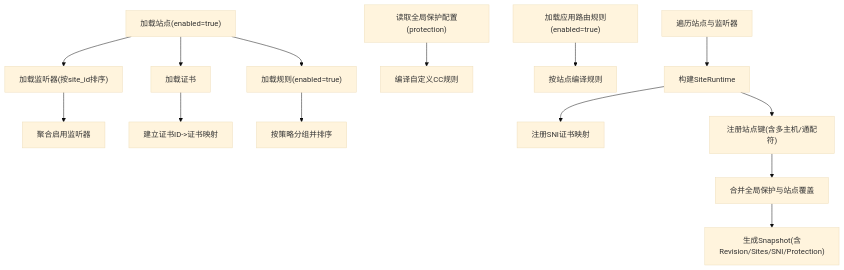
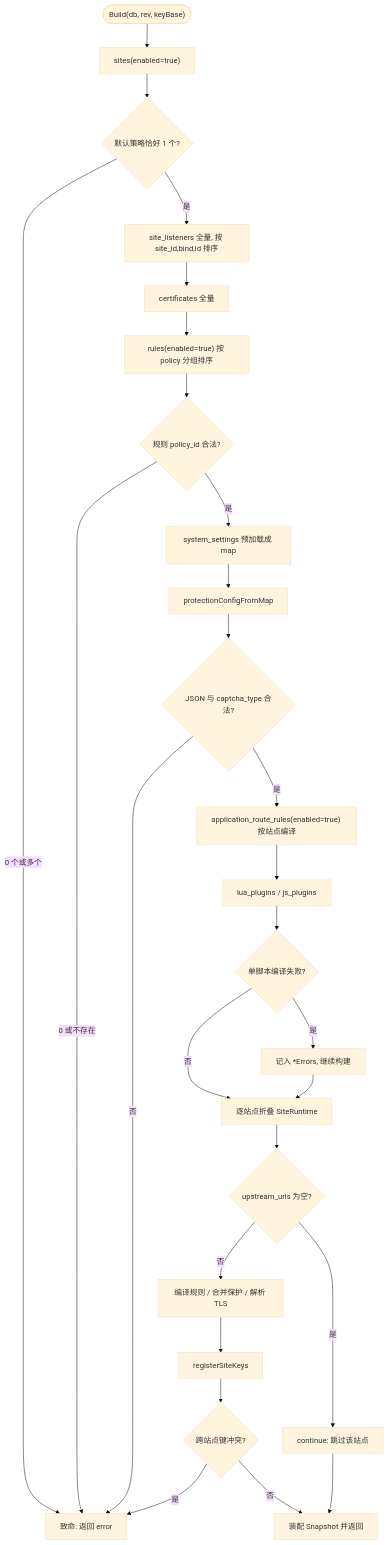
One commit to x01n/My-OpenWaf changed the fourth of 6 diagrams in docs/配置管理系统/配置快照机制.md. Above: the diagram before and after it, drawn with Mermaid (base theme). The commit also changed other lines of this file and 622 other files, not shown here.

````diff
--- a/docs/配置管理系统/配置快照机制.md
+++ b/docs/配置管理系统/配置快照机制.md
@@ -290,16 +322,29 @@
 ```mermaid
 flowchart TD
-A["加载站点(enabled=true)"] --> B["加载监听器(按site_id排序)"]
-B --> C["聚合启用监听器"]
-A --> D["加载证书"]
-D --> E["建立证书ID->证书映射"]
-A --> F["加载规则(enabled=true)"]
-F --> G["按策略分组并排序"]
-H["读取全局保护配置(protection)"] --> I["编译自定义CC规则"]
-J["加载应用路由规则(enabled=true)"] --> K["按站点编译规则"]
-L["遍历站点与监听器"] --> M["构建SiteRuntime"]
-M --> N["注册SNI证书映射"]
-M --> O["注册站点键(含多主机/通配符)"]
-O --> P["合并全局保护与站点覆盖"]
-P --> Q["生成Snapshot(含Revision/Sites/SNI/Protection)"]
+Start(["Build(db, rev, keyBase)"]) --> LoadSites["sites(enabled=true)"]
+LoadSites --> CheckPolicy{"默认策略恰好 1 个?"}
+CheckPolicy --> |0 个或多个| Fatal["致命: 返回 error"]
+CheckPolicy --> |是| LoadListeners["site_listeners 全量, 按 site_id,bind,id 排序"]
+LoadListeners --> LoadCerts["certificates 全量"]
+LoadCerts --> LoadRules["rules(enabled=true) 按 policy 分组排序"]
+LoadRules --> CheckRulePolicy{"规则 policy_id 合法?"}
+CheckRulePolicy --> |0 或不存在| Fatal
+CheckRulePolicy --> |是| LoadSettings["system_settings 预加载成 map"]
+LoadSettings --> ParseProt["protectionConfigFromMap"]
+ParseProt --> ParseOK{"JSON 与 captcha_type 合法?"}
+ParseOK --> |否| Fatal
+ParseOK --> |是| LoadAppRules["application_route_rules(enabled=true) 按站点编译"]
+LoadAppRules --> LoadPlugins["lua_plugins / js_plugins"]
+LoadPlugins --> PerPlugin{"单脚本编译失败?"}
+PerPlugin --> |是| Diag["记入 *Errors, 继续构建"]
+PerPlugin --> |否| SiteLoop
+Diag --> SiteLoop["逐站点折叠 SiteRuntime"]
+SiteLoop --> NoUpstream{"upstream_urls 为空?"}
+NoUpstream --> |是| Skip["continue: 跳过该站点"]
+NoUpstream --> |否| BuildRT["编译规则 / 合并保护 / 解析 TLS"]
+BuildRT --> KeyReg["registerSiteKeys"]
+KeyReg --> Dup{"跨站点键冲突?"}
+Dup --> |是| Fatal
+Dup --> |否| Done["装配 Snapshot 并返回"]
+Skip --> Done
 ```
````
